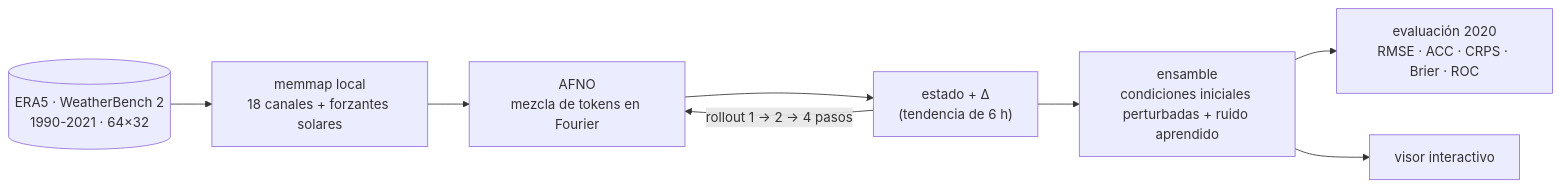
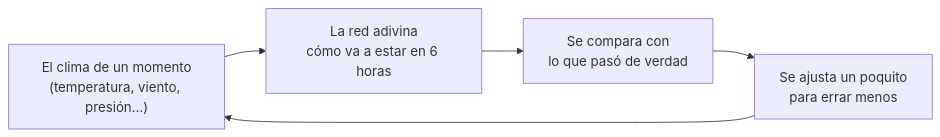
The diagram in README.md (francataldi/clima-ensambles), drawn with Mermaid before and after one commit. The commit also changed other lines of this file and 1 other file, not shown here.

Commit message:
docs: README para cualquiera y TECNICO.md con las fórmulas, las mediciones y la comparación con WeatherBench

````diff
--- a/README.md
+++ b/README.md
@@ -92,10 +40,7 @@
 ```mermaid
 flowchart LR
-    A[("ERA5 · WeatherBench 2<br/>1990-2021 · 64×32")] --> B["memmap local<br/>18 canales + forzantes solares"]
-    B --> C["AFNO<br/>mezcla de tokens en Fourier"]
-    C --> D["estado + Δ<br/>(tendencia de 6 h)"]
-    D -- "rollout 1 → 2 → 4 pasos" --> C
-    D --> E["ensamble<br/>condiciones iniciales perturbadas + ruido aprendido"]
-    E --> F["evaluación 2020<br/>RMSE · ACC · CRPS · Brier · ROC"]
-    E --> G["visor interactivo"]
+    A["El clima de un momento<br/>(temperatura, viento, presión…)"] --> B["La red adivina<br/>cómo va a estar en 6 horas"]
+    B --> C["Se compara con<br/>lo que pasó de verdad"]
+    C --> D["Se ajusta un poquito<br/>para errar menos"]
+    D --> A
 ```
````
